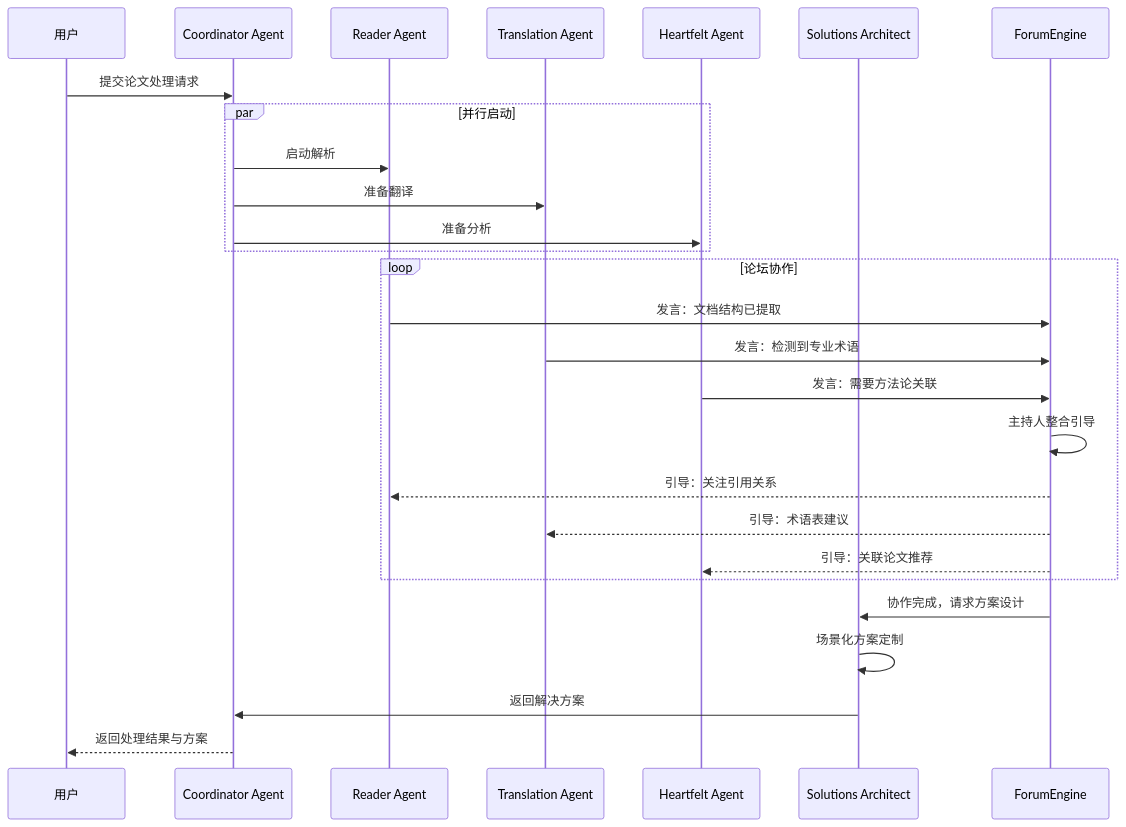
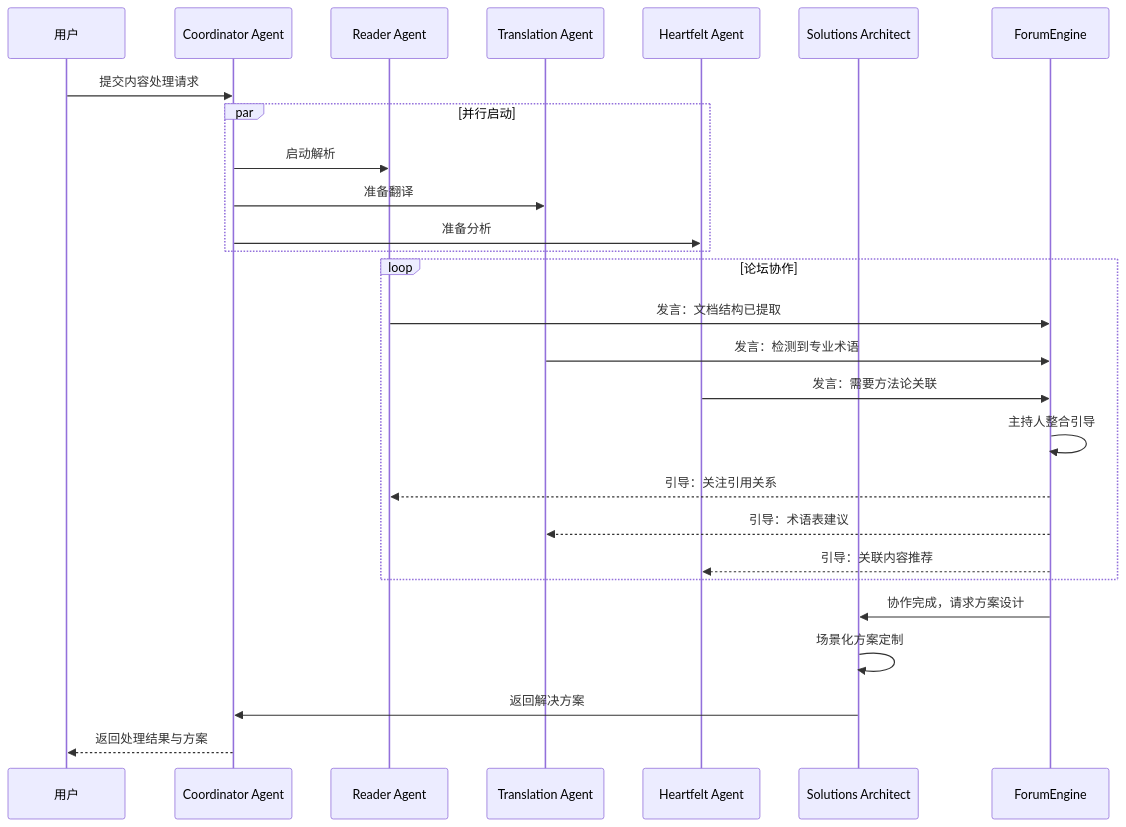
Before and after one commit to ThreeFish-AI/agentic-ai-cognizes: the eighth of 14 diagrams in docs/000-prd-architecture.md, drawn with Mermaid. The commit also changed other lines of this file and 1 other file, not shown here.

First line of the commit message:
docs(Architecture): 统一文档路径引用，优化术语一致性;

````diff
--- a/docs/000-prd-architecture.md
+++ b/docs/000-prd-architecture.md
@@ -369,33 +369,33 @@
 ```mermaid
 sequenceDiagram
     participant U as 用户
     participant CA as Coordinator Agent
     participant RA as Reader Agent
     participant TA as Translation Agent
     participant HA as Heartfelt Agent
     participant SA as Solutions Architect
     participant FE as ForumEngine
 
-    U->>CA: 提交论文处理请求
+    U->>CA: 提交内容处理请求
 
     par 并行启动
         CA->>RA: 启动解析
         CA->>TA: 准备翻译
         CA->>HA: 准备分析
     end
 
     loop 论坛协作
         RA->>FE: 发言：文档结构已提取
         TA->>FE: 发言：检测到专业术语
         HA->>FE: 发言：需要方法论关联
         FE->>FE: 主持人整合引导
         FE-->>RA: 引导：关注引用关系
         FE-->>TA: 引导：术语表建议
-        FE-->>HA: 引导：关联论文推荐
+        FE-->>HA: 引导：关联内容推荐
     end
 
     FE->>SA: 协作完成，请求方案设计
     SA->>SA: 场景化方案定制
     SA->>CA: 返回解决方案
     CA-->>U: 返回处理结果与方案
 ```
````
